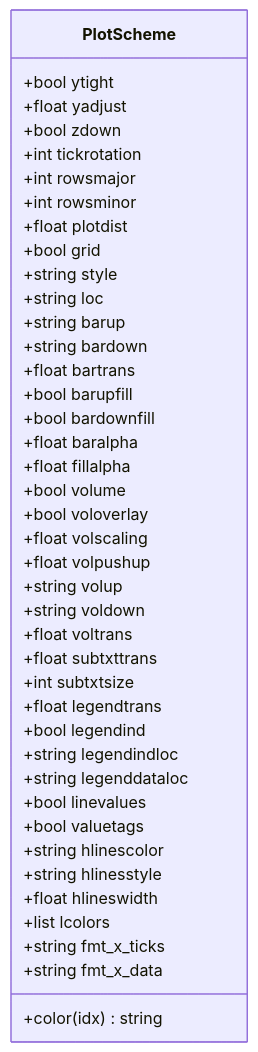
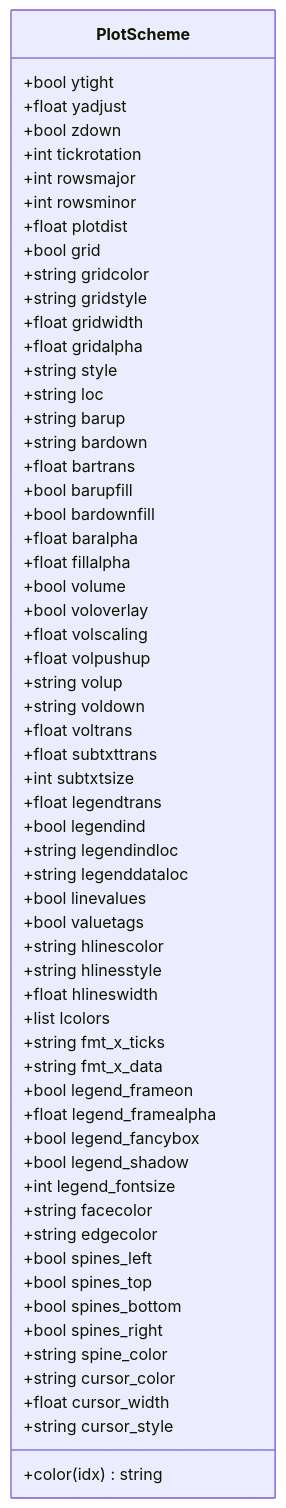
Before and after one commit to bench-prog/backtrader: the third of 9 diagrams in .qoder/repowiki/zh/content/项目概述/核心功能特性/可视化系统/图表样式与主题.md, drawn with Mermaid. The commit also changed other lines of this file and 40 other files, not shown here.

````diff
--- a/.qoder/repowiki/zh/content/项目概述/核心功能特性/可视化系统/图表样式与主题.md
+++ b/.qoder/repowiki/zh/content/项目概述/核心功能特性/可视化系统/图表样式与主题.md
@@ -134,44 +152,63 @@
 ```mermaid
 classDiagram
 class PlotScheme {
 +bool ytight
 +float yadjust
 +bool zdown
 +int tickrotation
 +int rowsmajor
 +int rowsminor
 +float plotdist
 +bool grid
++string gridcolor
++string gridstyle
++float gridwidth
++float gridalpha
 +string style
 +string loc
 +string barup
 +string bardown
 +float bartrans
 +bool barupfill
 +bool bardownfill
 +float baralpha
 +float fillalpha
 +bool volume
 +bool voloverlay
 +float volscaling
 +float volpushup
 +string volup
 +string voldown
 +float voltrans
 +float subtxttrans
 +int subtxtsize
 +float legendtrans
 +bool legendind
 +string legendindloc
 +string legenddataloc
 +bool linevalues
 +bool valuetags
 +string hlinescolor
 +string hlinesstyle
 +float hlineswidth
 +list lcolors
 +string fmt_x_ticks
 +string fmt_x_data
++bool legend_frameon
++float legend_framealpha
++bool legend_fancybox
++bool legend_shadow
++int legend_fontsize
++string facecolor
++string edgecolor
++bool spines_left
++bool spines_top
++bool spines_bottom
++bool spines_right
++string spine_color
++string cursor_color
++float cursor_width
++string cursor_style
 +color(idx) string
 }
 ```
````
